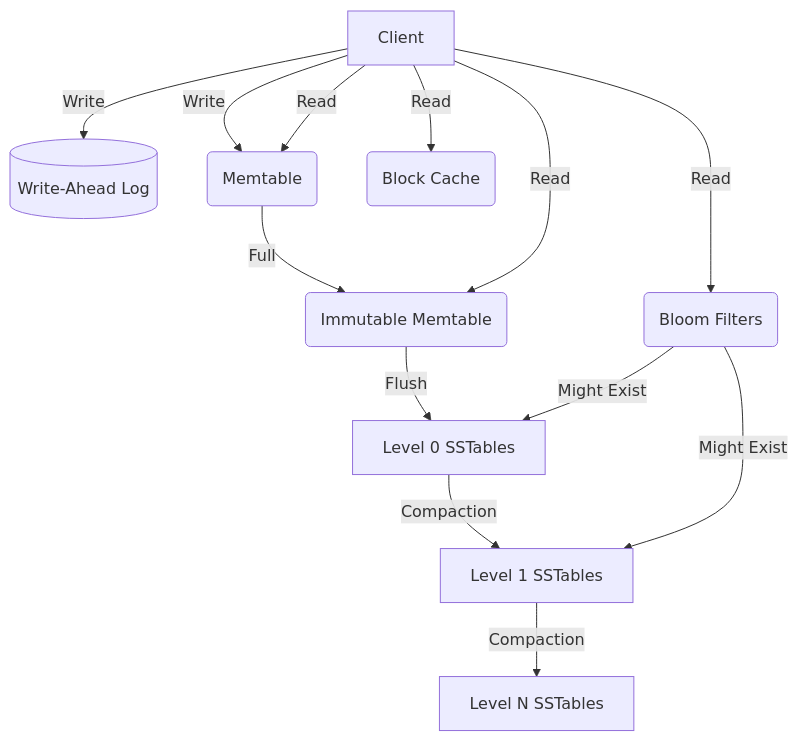
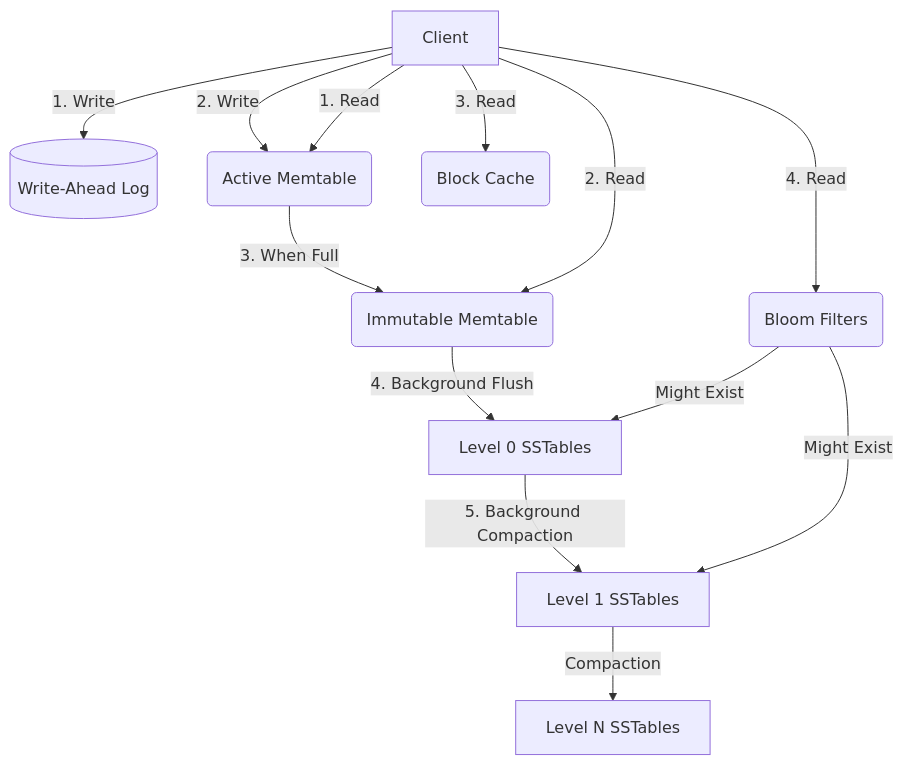
The first of 3 diagrams in README.md (KnightKnight27/scaler-Adv-DBMS), drawn with Mermaid before and after one commit. The commit also changed other lines of this file, not shown here.

````diff
--- a/README.md
+++ b/README.md
@@ -12,18 +20,18 @@
 ```mermaid
 graph TD
-    Client[Client] -->|Write| WAL[(Write-Ahead Log)]
-    Client -->|Write| MemTable(Memtable)
-    MemTable -->|Full| ImmutMemTable(Immutable Memtable)
+    Client[Client] -->|1. Write| WAL[(Write-Ahead Log)]
+    Client -->|2. Write| MemTable(Active Memtable)
+    MemTable -->|3. When Full| ImmutMemTable(Immutable Memtable)
     
-    ImmutMemTable -->|Flush| L0[Level 0 SSTables]
+    ImmutMemTable -->|4. Background Flush| L0[Level 0 SSTables]
     
-    L0 -->|Compaction| L1[Level 1 SSTables]
+    L0 -->|5. Background Compaction| L1[Level 1 SSTables]
     L1 -->|Compaction| Ln[Level N SSTables]
     
-    Client -->|Read| MemTable
-    Client -->|Read| ImmutMemTable
-    Client -->|Read| BlockCache(Block Cache)
-    Client -->|Read| Bloom(Bloom Filters)
+    Client -->|1. Read| MemTable
+    Client -->|2. Read| ImmutMemTable
+    Client -->|3. Read| BlockCache(Block Cache)
+    Client -->|4. Read| Bloom(Bloom Filters)
     Bloom -->|Might Exist| L0
     Bloom -->|Might Exist| L1
 ```
````
